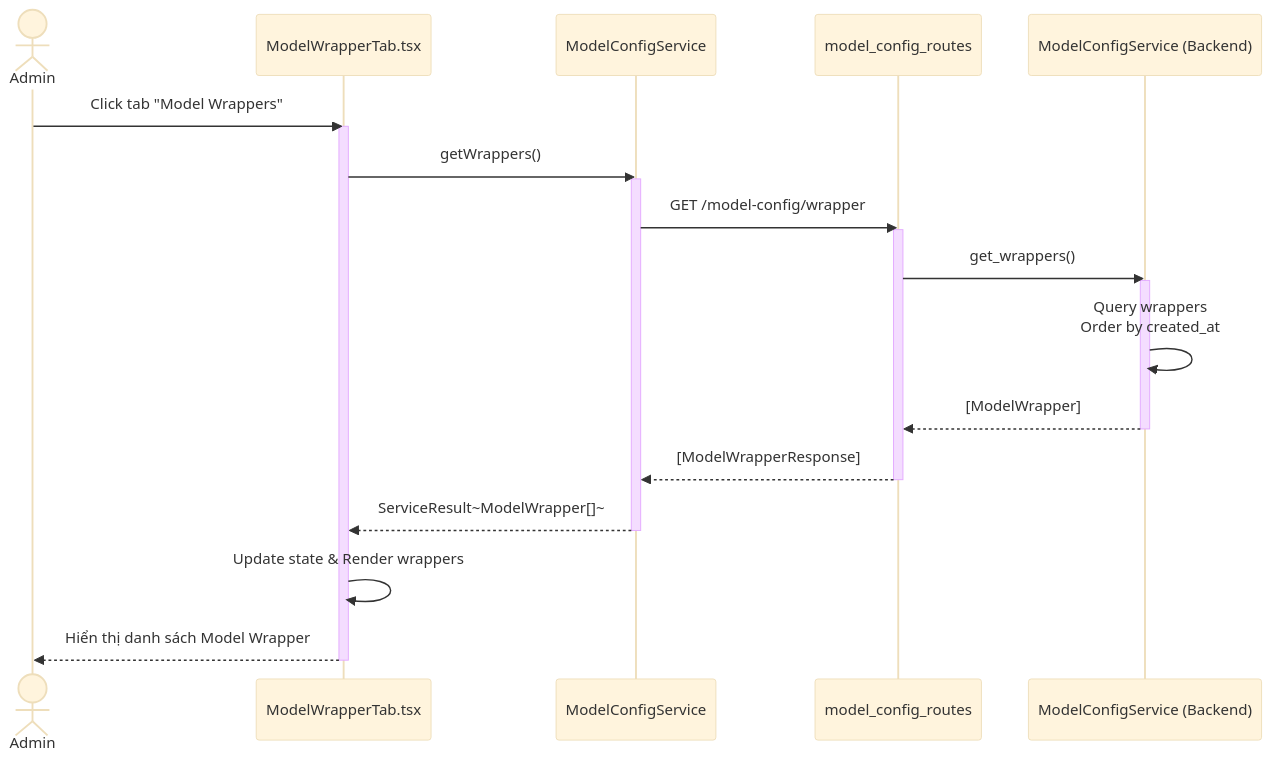
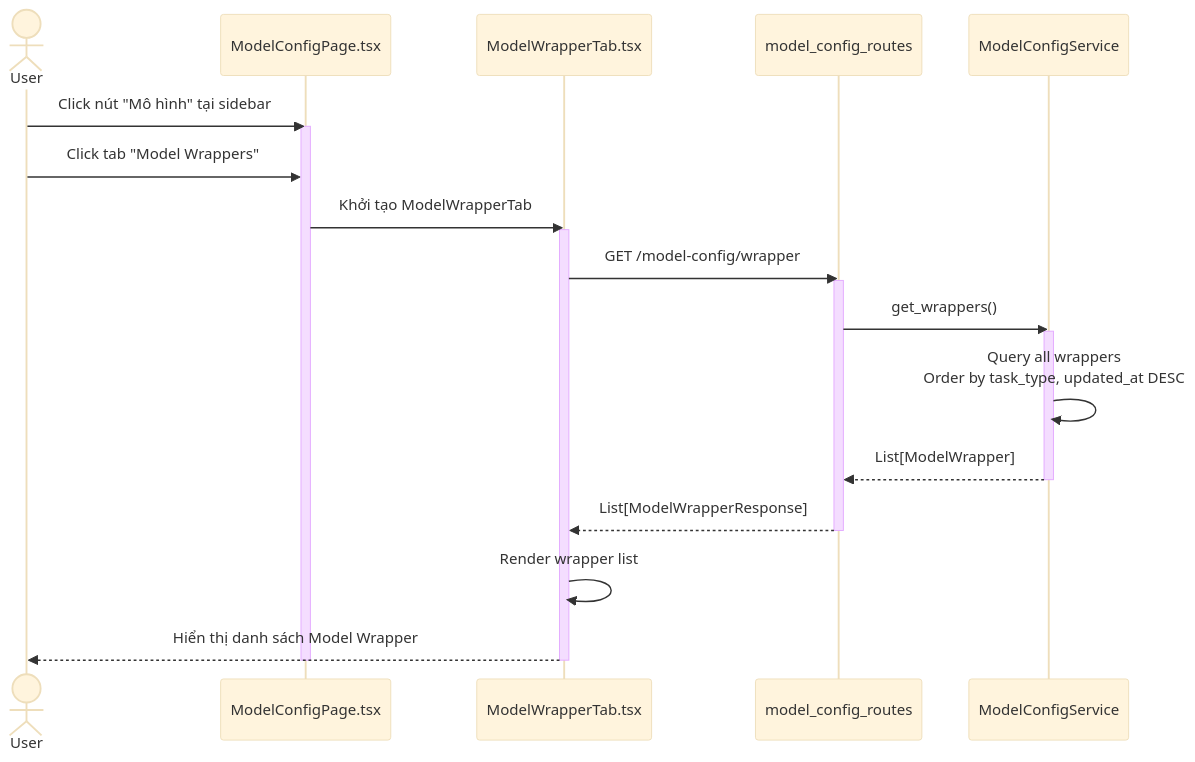
One commit to mduc-2610/gp_doc changed the seventh of 10 diagrams in model_config/4_model_config_seq.md. Above: the diagram before and after it, drawn with Mermaid (base theme). The commit also changed other lines of this file and 12 other files, not shown here.

Commit message:
refactor scenario and sequence

````diff
--- a/model_config/4_model_config_seq.md
+++ b/model_config/4_model_config_seq.md
@@ -229,35 +391,34 @@
 ```mermaid
 sequenceDiagram
-    actor Admin
+    actor User
+    participant ModelConfigPage as ModelConfigPage.tsx
     participant ModelWrapperTab as ModelWrapperTab.tsx
+    participant ModelConfigRoutes as model_config_routes
     participant ModelConfigService as ModelConfigService
-    participant ModelConfigRoutes as model_config_routes
-    participant ModelConfigBackendService as ModelConfigService (Backend)
 
-    Admin->>ModelWrapperTab: Click tab "Model Wrappers"
+    User->>ModelConfigPage: Click nút "Mô hình" tại sidebar
+    activate ModelConfigPage
+    
+    User->>ModelConfigPage: Click tab "Model Wrappers"
+    ModelConfigPage->>ModelWrapperTab: Khởi tạo ModelWrapperTab
     activate ModelWrapperTab
     
-    ModelWrapperTab->>ModelConfigService: getWrappers()
+    ModelWrapperTab->>ModelConfigRoutes: GET /model-config/wrapper
+    activate ModelConfigRoutes
+    
+    ModelConfigRoutes->>ModelConfigService: get_wrappers()
     activate ModelConfigService
     
-    ModelConfigService->>ModelConfigRoutes: GET /model-config/wrapper
-    activate ModelConfigRoutes
+    ModelConfigService->>ModelConfigService: Query all wrappers<br/>Order by task_type, updated_at DESC
     
-    ModelConfigRoutes->>ModelConfigBackendService: get_wrappers()
-    activate ModelConfigBackendService
+    ModelConfigService-->>ModelConfigRoutes: List[ModelWrapper]
+    deactivate ModelConfigService
     
-    ModelConfigBackendService->>ModelConfigBackendService: Query wrappers<br/>Order by created_at
-    
-    ModelConfigBackendService-->>ModelConfigRoutes: [ModelWrapper]
-    deactivate ModelConfigBackendService
-    
-    ModelConfigRoutes-->>ModelConfigService: [ModelWrapperResponse]
+    ModelConfigRoutes-->>ModelWrapperTab: List[ModelWrapperResponse]
     deactivate ModelConfigRoutes
     
-    ModelConfigService-->>ModelWrapperTab: ServiceResult~ModelWrapper[]~
-    deactivate ModelConfigService
-    
-    ModelWrapperTab->>ModelWrapperTab: Update state & Render wrappers
-    ModelWrapperTab-->>Admin: Hiển thị danh sách Model Wrapper
+    ModelWrapperTab->>ModelWrapperTab: Render wrapper list
+    ModelWrapperTab-->>User: Hiển thị danh sách Model Wrapper
     deactivate ModelWrapperTab
+    deactivate ModelConfigPage
 ```
````
